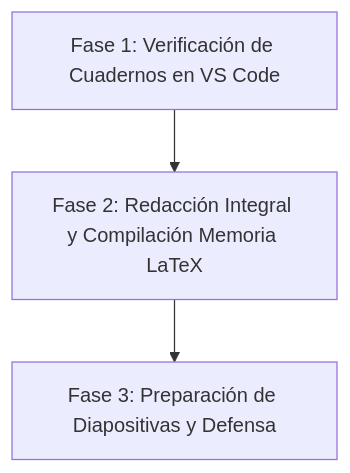
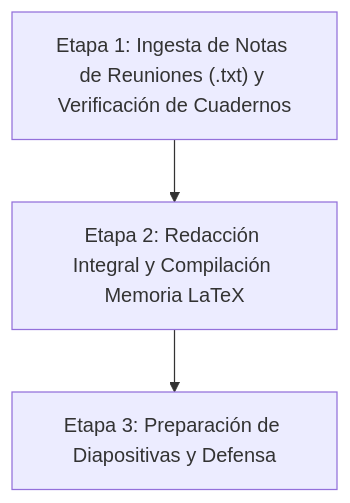
Before and after one commit to jcestefania/TFM: the diagram in PLAN_FINAL_TFM.md, drawn with Mermaid. The commit also changed other lines of this file, not shown here.

Commit message:
Actualizar Plan Maestro: Incluir ingesta de notas de reuniones (.txt) y checklist detallado de capitulos

````diff
--- a/PLAN_FINAL_TFM.md
+++ b/PLAN_FINAL_TFM.md
@@ -29,5 +29,5 @@
 ```mermaid
 graph TD
-    A["Fase 1: Verificación de Cuadernos en VS Code"] --> B["Fase 2: Redacción Integral y Compilación Memoria LaTeX"]
-    B --> C["Fase 3: Preparación de Diapositivas y Defensa"]
+    A["Etapa 1: Ingesta de Notas de Reuniones (.txt) y Verificación de Cuadernos"] --> B["Etapa 2: Redacción Integral y Compilación Memoria LaTeX"]
+    B --> C["Etapa 3: Preparación de Diapositivas y Defensa"]
 ```
````
